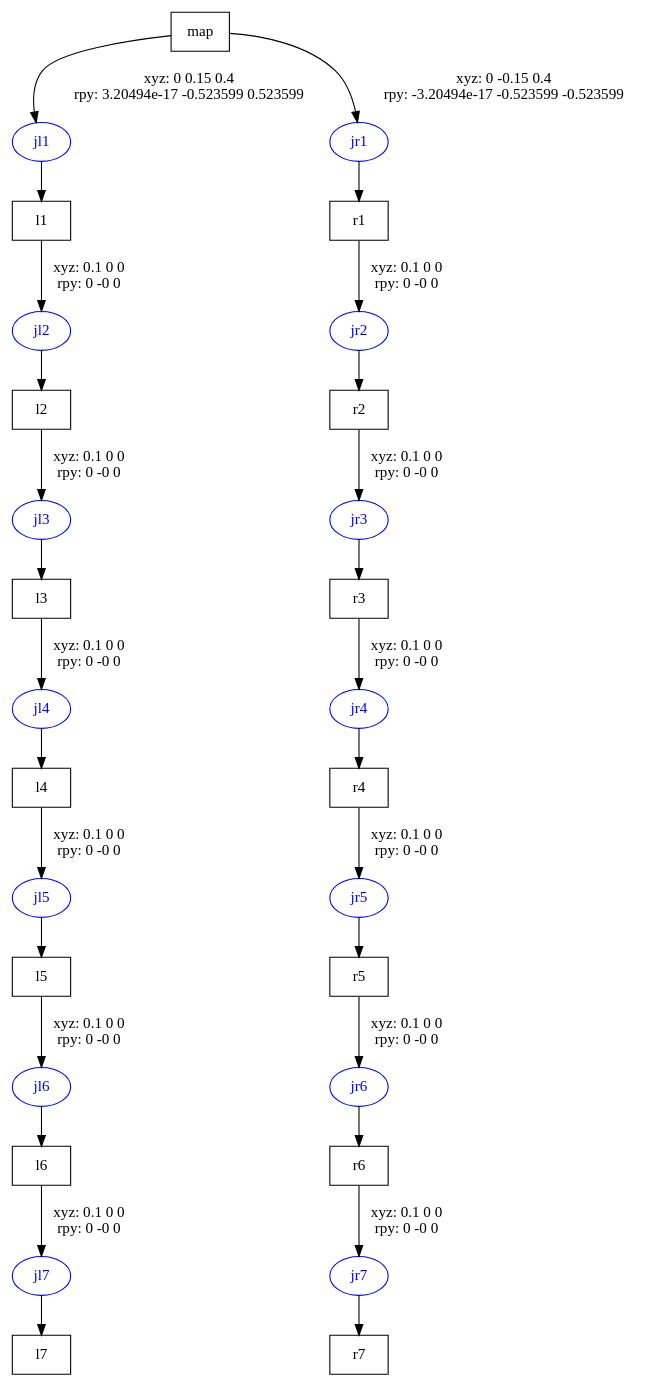
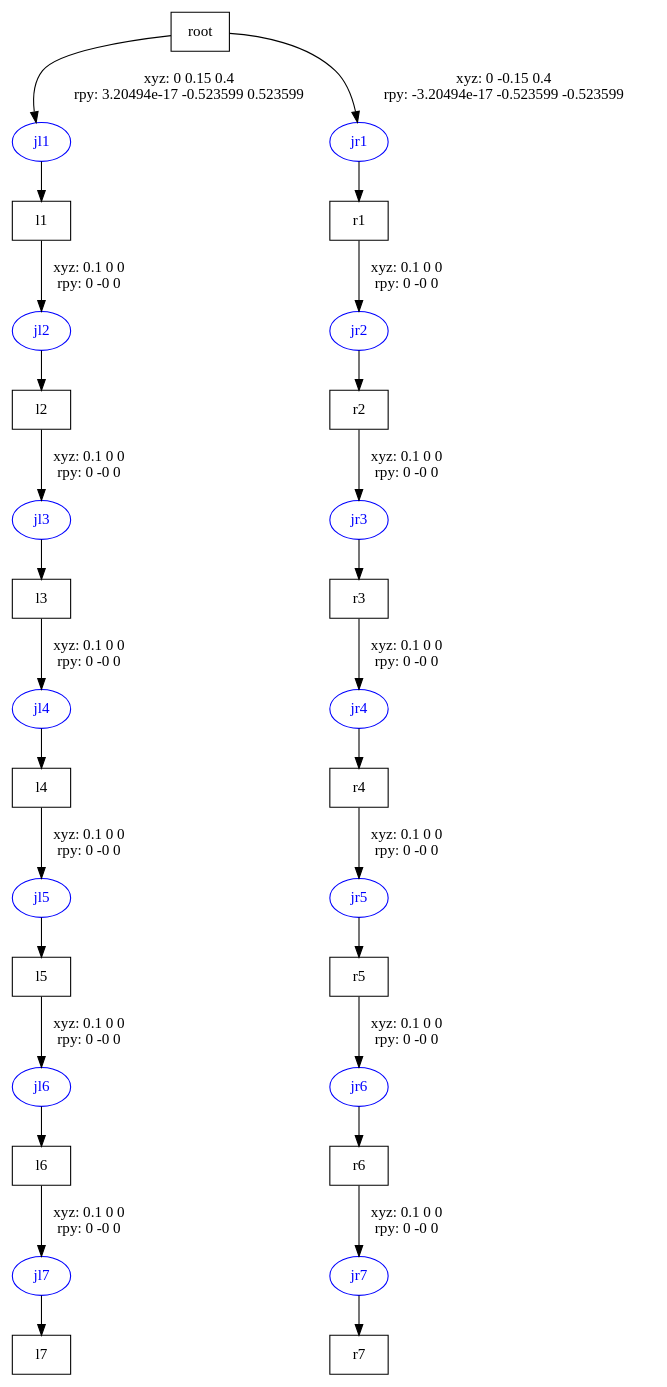
One commit to TouchDeeper/enesbot_dualarm changed the diagram in urdf/enesbot_dualarm.gv. Above: the diagram before and after it, drawn with Graphviz. The commit also changed 4 other files, not shown here.

Commit message:
changed 'map' link to 'root'

```diff
--- a/urdf/enesbot_dualarm.gv
+++ b/urdf/enesbot_dualarm.gv
@@ -1,47 +1,47 @@
 digraph G {
 node [shape=box];
-"map" [label="map"];
+"root" [label="root"];
 "l1" [label="l1"];
 "l2" [label="l2"];
 "l3" [label="l3"];
 "l4" [label="l4"];
 "l5" [label="l5"];
 "l6" [label="l6"];
 "l7" [label="l7"];
 "r1" [label="r1"];
 "r2" [label="r2"];
 "r3" [label="r3"];
 "r4" [label="r4"];
 "r5" [label="r5"];
 "r6" [label="r6"];
 "r7" [label="r7"];
 node [shape=ellipse, color=blue, fontcolor=blue];
-"map" -> "jl1" [label="xyz: 0 0.15 0.4 \nrpy: 3.20494e-17 -0.523599 0.523599"]
+"root" -> "jl1" [label="xyz: 0 0.15 0.4 \nrpy: 3.20494e-17 -0.523599 0.523599"]
 "jl1" -> "l1"
 "l1" -> "jl2" [label="xyz: 0.1 0 0 \nrpy: 0 -0 0"]
 "jl2" -> "l2"
 "l2" -> "jl3" [label="xyz: 0.1 0 0 \nrpy: 0 -0 0"]
 "jl3" -> "l3"
 "l3" -> "jl4" [label="xyz: 0.1 0 0 \nrpy: 0 -0 0"]
 "jl4" -> "l4"
 "l4" -> "jl5" [label="xyz: 0.1 0 0 \nrpy: 0 -0 0"]
 "jl5" -> "l5"
 "l5" -> "jl6" [label="xyz: 0.1 0 0 \nrpy: 0 -0 0"]
 "jl6" -> "l6"
 "l6" -> "jl7" [label="xyz: 0.1 0 0 \nrpy: 0 -0 0"]
 "jl7" -> "l7"
-"map" -> "jr1" [label="xyz: 0 -0.15 0.4 \nrpy: -3.20494e-17 -0.523599 -0.523599"]
+"root" -> "jr1" [label="xyz: 0 -0.15 0.4 \nrpy: -3.20494e-17 -0.523599 -0.523599"]
 "jr1" -> "r1"
 "r1" -> "jr2" [label="xyz: 0.1 0 0 \nrpy: 0 -0 0"]
 "jr2" -> "r2"
 "r2" -> "jr3" [label="xyz: 0.1 0 0 \nrpy: 0 -0 0"]
 "jr3" -> "r3"
 "r3" -> "jr4" [label="xyz: 0.1 0 0 \nrpy: 0 -0 0"]
 "jr4" -> "r4"
 "r4" -> "jr5" [label="xyz: 0.1 0 0 \nrpy: 0 -0 0"]
 "jr5" -> "r5"
 "r5" -> "jr6" [label="xyz: 0.1 0 0 \nrpy: 0 -0 0"]
 "jr6" -> "r6"
 "r6" -> "jr7" [label="xyz: 0.1 0 0 \nrpy: 0 -0 0"]
 "jr7" -> "r7"
 }
```
